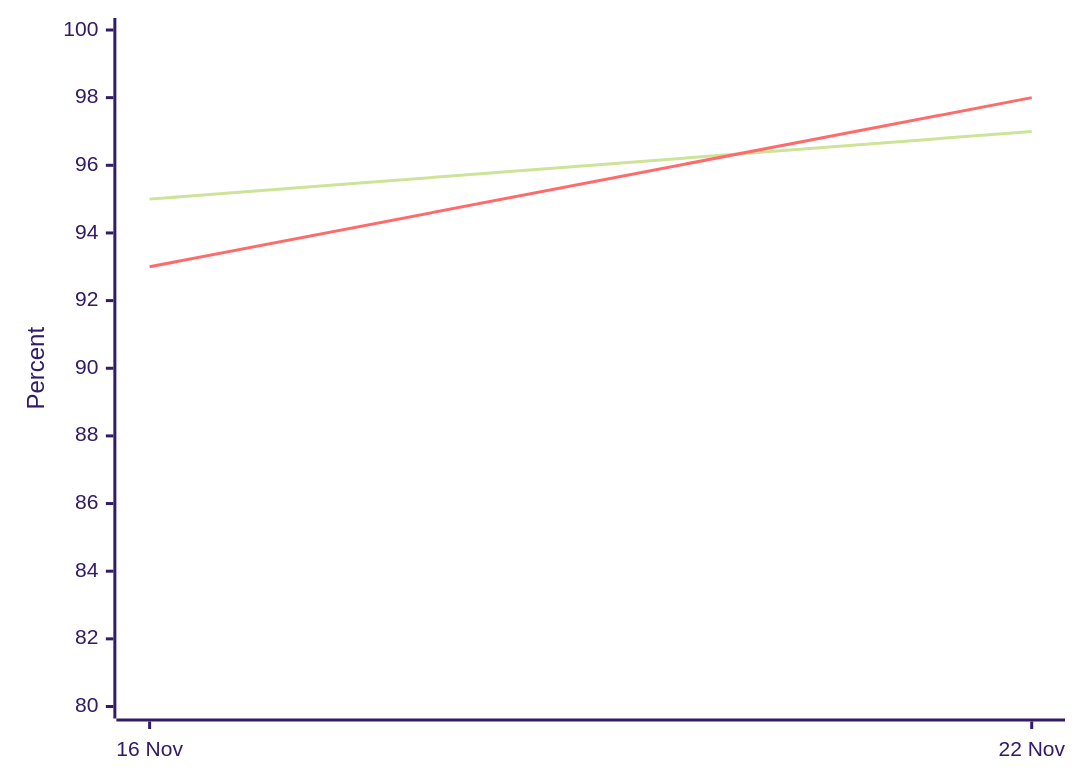
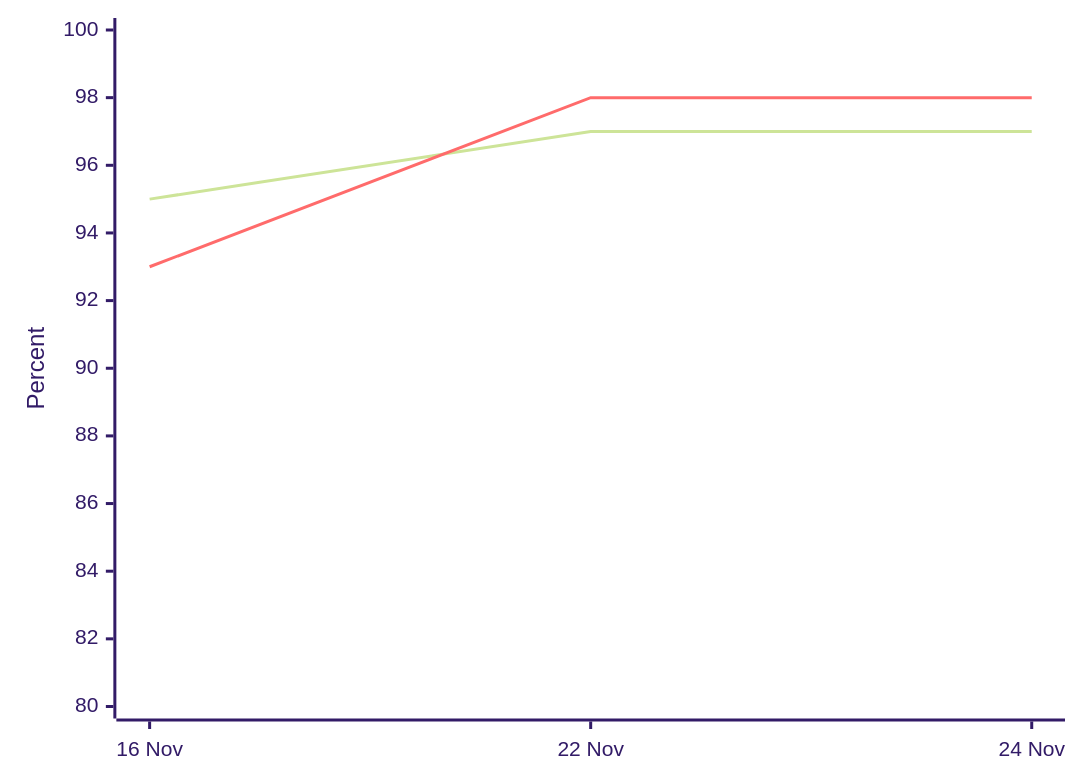
Before and after one commit to aryanmandavgane02/proofmark: the diagram in eval/RESULTS.md, drawn with Mermaid (forest theme). The commit also changed other lines of this file and 1 other file, not shown here.

````diff
--- a/eval/RESULTS.md
+++ b/eval/RESULTS.md
@@ -138,7 +138,7 @@
 ```mermaid
 xychart-beta
-  x-axis ["16 Nov", "22 Nov"]
+  x-axis ["16 Nov", "22 Nov", "24 Nov"]
   y-axis "Percent" 80 --> 100
-  line [95, 97]
-  line [93, 98]
+  line [95, 97, 97]
+  line [93, 98, 98]
 ```
````
